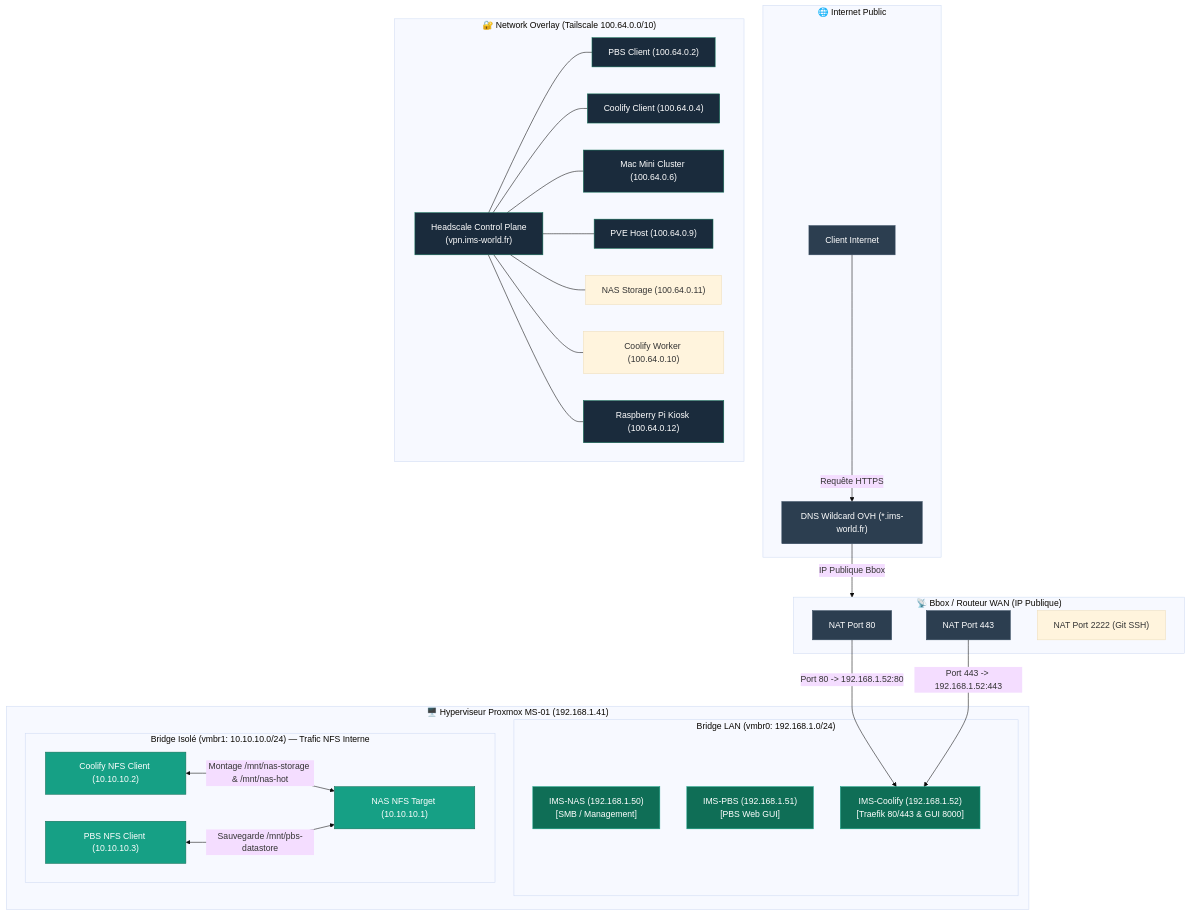
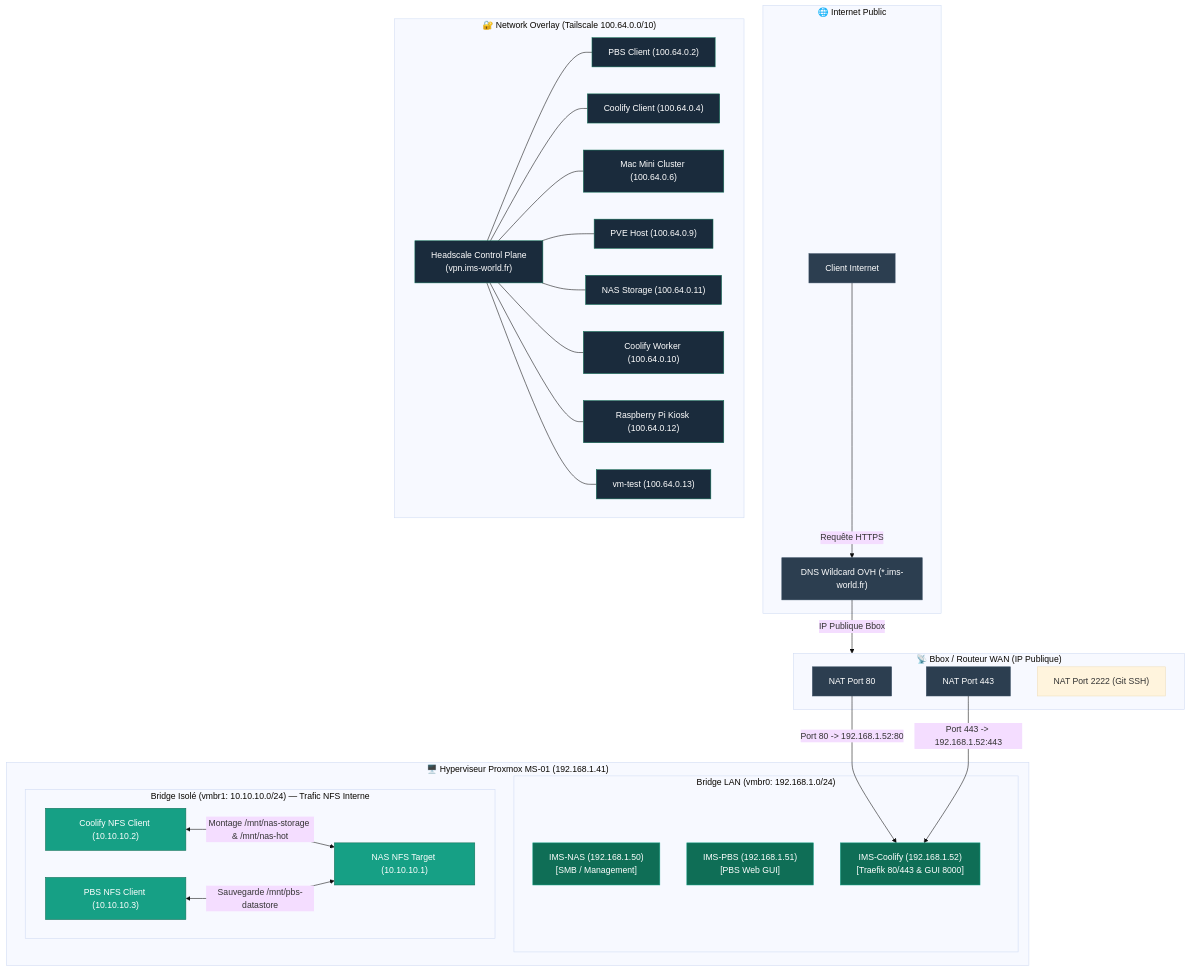
The diagram in reseau/architecture-reseau.md (ims-world/docs), drawn with Mermaid (base theme) before and after one commit. The commit also changed other lines of this file and 20 other files, not shown here.

````diff
--- a/reseau/architecture-reseau.md
+++ b/reseau/architecture-reseau.md
@@ -13,66 +13,68 @@
 ```mermaid
 graph TB
     subgraph WAN ["🌐 Internet Public"]
         CLIENT_EXT["Client Internet"]
         OVH_DNS["DNS Wildcard OVH (*.ims-world.fr)"]
     end
 
     subgraph BBOX ["📡 Bbox / Routeur WAN (IP Publique)"]
         NAT80["NAT Port 80"]
         NAT443["NAT Port 443"]
         NAT2222["NAT Port 2222 (Git SSH)"]
     end
 
     subgraph PROXMOX_NET ["🖥️ Hyperviseur Proxmox MS-01 (192.168.1.41)"]
         subgraph VMBR0 ["Bridge LAN (vmbr0: 192.168.1.0/24)"]
             NAS_LAN["IMS-NAS (192.168.1.50)\n[SMB / Management]"]
             PBS_LAN["IMS-PBS (192.168.1.51)\n[PBS Web GUI]"]
             COOL_LAN["IMS-Coolify (192.168.1.52)\n[Traefik 80/443 & GUI 8000]"]
         end
 
         subgraph VMBR1 ["Bridge Isolé (vmbr1: 10.10.10.0/24) — Trafic NFS Interne"]
             NAS_ISO["NAS NFS Target (10.10.10.1)"]
             PBS_ISO["PBS NFS Client (10.10.10.3)"]
             COOL_ISO["Coolify NFS Client (10.10.10.2)"]
         end
     end
 
     subgraph TAILNET_HEADSCALE ["🔐 Network Overlay (Tailscale 100.64.0.0/10)"]
         HEADSCALE_SRV["Headscale Control Plane\n(vpn.ims-world.fr)"]
         PBS_TS["PBS Client (100.64.0.2)"]
         COOL_TS["Coolify Client (100.64.0.4)"]
         MAC_TS["Mac Mini Cluster (100.64.0.6)"]
         PVE_TS["PVE Host (100.64.0.9)"]
         NAS_TS["NAS Storage (100.64.0.11)"]
         WORKER_TS["Coolify Worker (100.64.0.10)"]
         RPI_TS["Raspberry Pi Kiosk (100.64.0.12)"]
+        VMTEST_TS["vm-test (100.64.0.13)"]
     end
 
     %% Flux WAN -> Bbox -> Traefik
     CLIENT_EXT -->|Requête HTTPS| OVH_DNS
     OVH_DNS -->|IP Publique Bbox| BBOX
     NAT80 -->|Port 80 -> 192.168.1.52:80| COOL_LAN
     NAT443 -->|Port 443 -> 192.168.1.52:443| COOL_LAN
 
     %% Flux NFS
     COOL_ISO <-->|Montage /mnt/nas-storage & /mnt/nas-hot| NAS_ISO
     PBS_ISO <-->|Sauvegarde /mnt/pbs-datastore| NAS_ISO
 
     %% Flux Tailscale VPN
     HEADSCALE_SRV --- PBS_TS
     HEADSCALE_SRV --- COOL_TS
     HEADSCALE_SRV --- MAC_TS
     HEADSCALE_SRV --- PVE_TS
     HEADSCALE_SRV --- NAS_TS
     HEADSCALE_SRV --- WORKER_TS
     HEADSCALE_SRV --- RPI_TS
+    HEADSCALE_SRV --- VMTEST_TS
 
     classDef wan fill:#2c3e50,stroke:#34495e,color:#fff;
     classDef lan fill:#0F6E56,stroke:#16A085,color:#fff;
     classDef iso fill:#16A085,stroke:#0F6E56,color:#fff;
     classDef vpn fill:#1a2b3c,stroke:#0F6E56,color:#fff;
     class CLIENT_EXT,OVH_DNS,NAT80,NAT443 wan;
     class NAS_LAN,PBS_LAN,COOL_LAN lan;
     class NAS_ISO,PBS_ISO,COOL_ISO iso;
-    class HEADSCALE_SRV,PBS_TS,COOL_TS,MAC_TS,PVE_TS,RPI_TS vpn;
+    class HEADSCALE_SRV,PBS_TS,COOL_TS,MAC_TS,PVE_TS,NAS_TS,WORKER_TS,RPI_TS,VMTEST_TS vpn;
 ```
````
